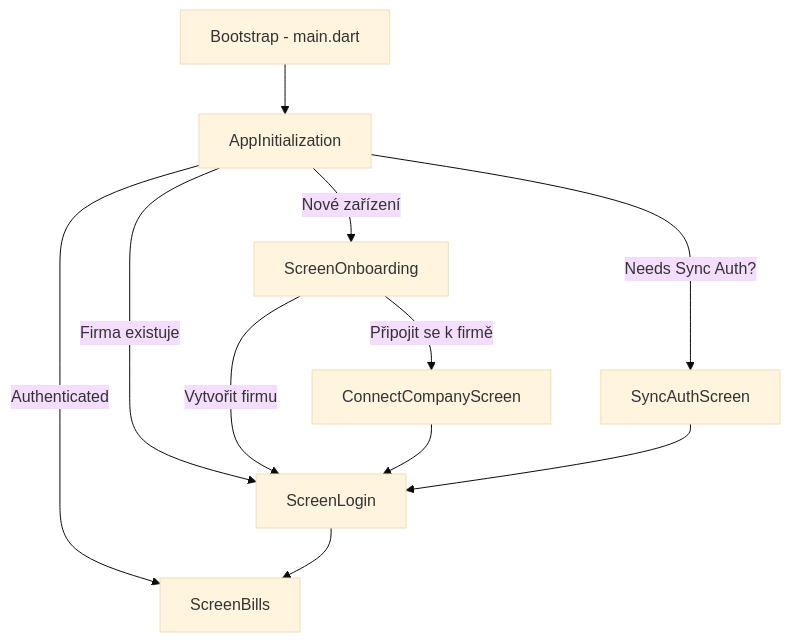
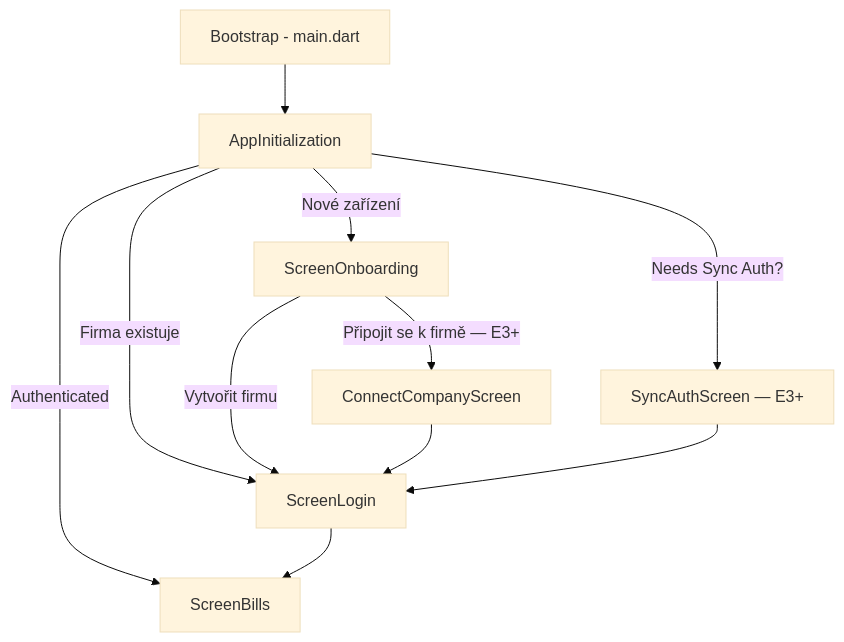
Diagram 12 of 12 in PROJECT.md (Tomakas/deskpos), drawn with Mermaid (base theme) before and after one commit. The commit also changed other lines of this file and 137 other files, not shown here.

````diff
--- a/PROJECT.md
+++ b/PROJECT.md
@@ -1073,13 +1088,13 @@
 ```mermaid
 graph TD
     BOOT[Bootstrap - main.dart] --> INIT[AppInitialization]
     INIT --> |Nové zařízení| ONBOARD[ScreenOnboarding]
-    INIT --> |Needs Sync Auth?| SYNCAUTH[SyncAuthScreen]
+    INIT --> |Needs Sync Auth?| SYNCAUTH[SyncAuthScreen — E3+]
     INIT --> |Firma existuje| PIN[ScreenLogin]
     INIT --> |Authenticated| BILLS[ScreenBills]
     ONBOARD --> |Vytvořit firmu| PIN
-    ONBOARD --> |Připojit se k firmě| CONNECT[ConnectCompanyScreen]
+    ONBOARD --> |Připojit se k firmě — E3+| CONNECT[ConnectCompanyScreen]
     CONNECT --> PIN
     SYNCAUTH --> PIN
     PIN --> BILLS
 ```
````
